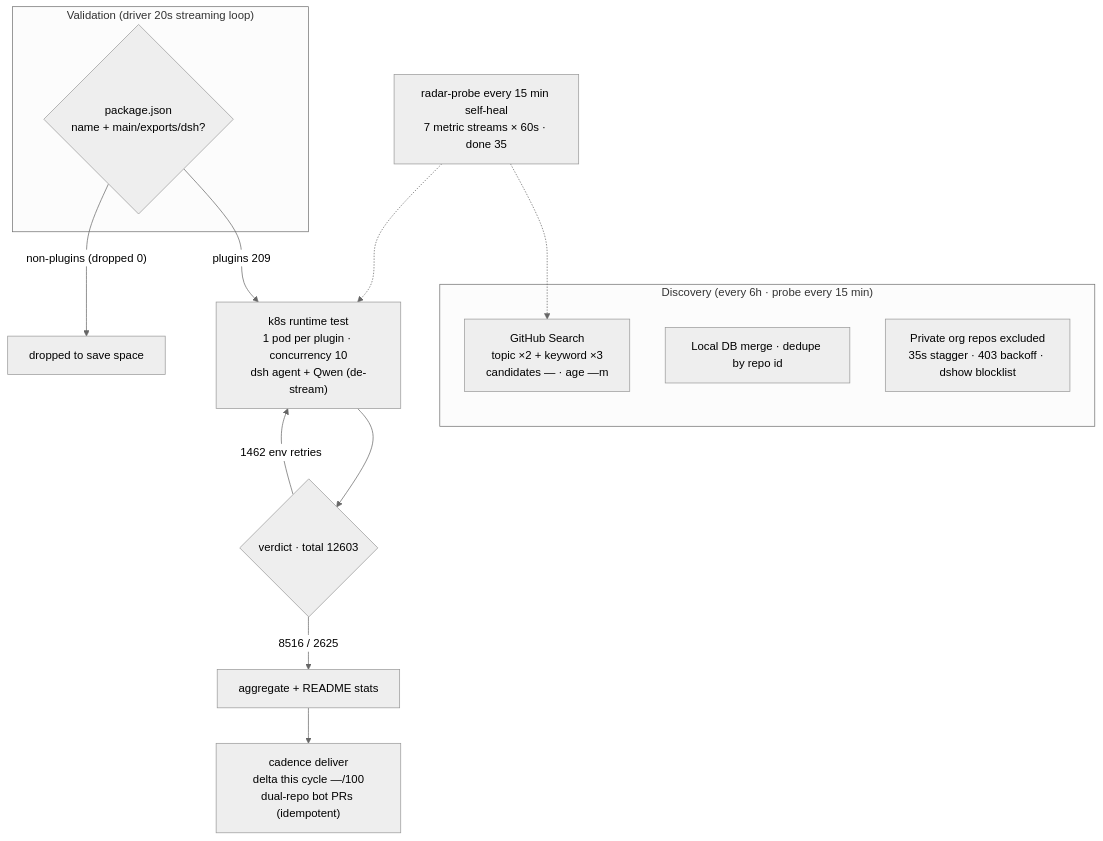
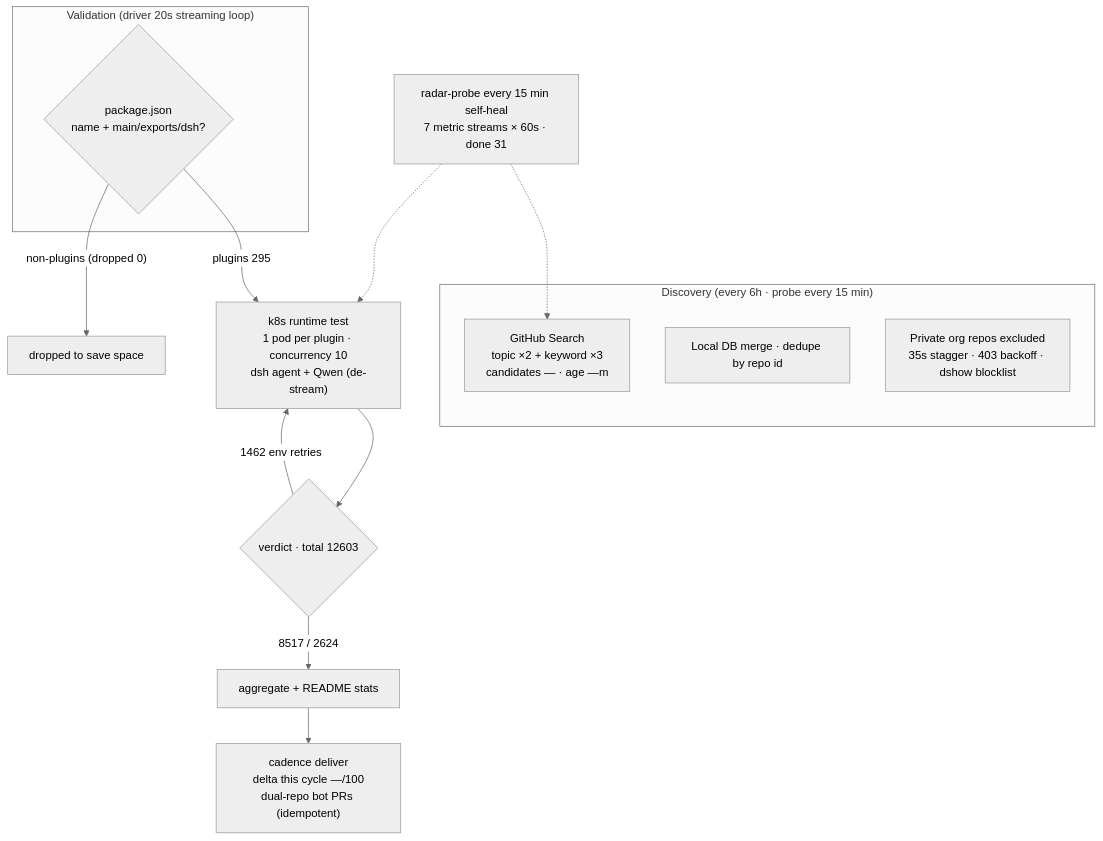
Before and after one commit to AdamPlatin123/awesome-dsh-plugins: the diagram in README.en-US.md, drawn with Mermaid (neutral theme). The commit also changed other lines of this file and 5 other files, not shown here.

````diff
--- a/README.en-US.md
+++ b/README.en-US.md
@@ -45,20 +45,20 @@
 ```mermaid
 flowchart TB
     subgraph Discovery["Discovery (every 6h · probe every 15 min)"]
         A1["GitHub Search<br/>topic ×2 + keyword ×3<br/>candidates — · age —m"]
         A2["Local DB merge · dedupe by repo id"]
         A3["Private org repos excluded<br/>35s stagger · 403 backoff · dshow blocklist"]
     end
     subgraph Validation["Validation (driver 20s streaming loop)"]
         B1{"package.json<br/>name + main/exports/dsh?"}
     end
-    B1 -->|"plugins 209"| C1["k8s runtime test<br/>1 pod per plugin · concurrency 10<br/>dsh agent + Qwen (de-stream)"]
+    B1 -->|"plugins 295"| C1["k8s runtime test<br/>1 pod per plugin · concurrency 10<br/>dsh agent + Qwen (de-stream)"]
     B1 -->|"non-plugins (dropped 0)"| B3["dropped to save space"]
     C1 --> D1{"verdict · total 12603"}
-    D1 -->|"8516 / 2625"| E1["aggregate + README stats"]
+    D1 -->|"8517 / 2624"| E1["aggregate + README stats"]
     D1 -->|"1462 env retries"| C1
     E1 --> E2["cadence deliver<br/>delta this cycle —/100<br/>dual-repo bot PRs (idempotent)"]
-    M["radar-probe every 15 min self-heal<br/>7 metric streams × 60s · done 35"]
+    M["radar-probe every 15 min self-heal<br/>7 metric streams × 60s · done 31"]
     M -.-> A1
     M -.-> C1
 ```
````
